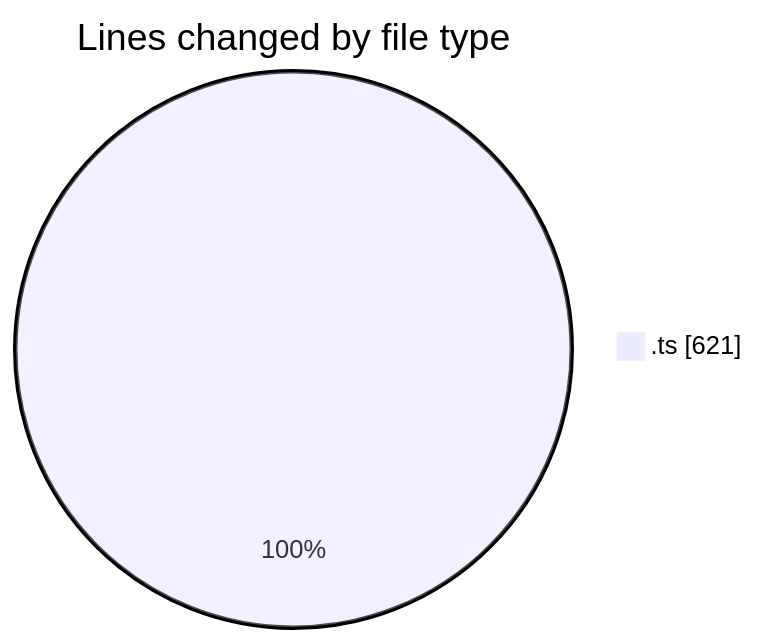
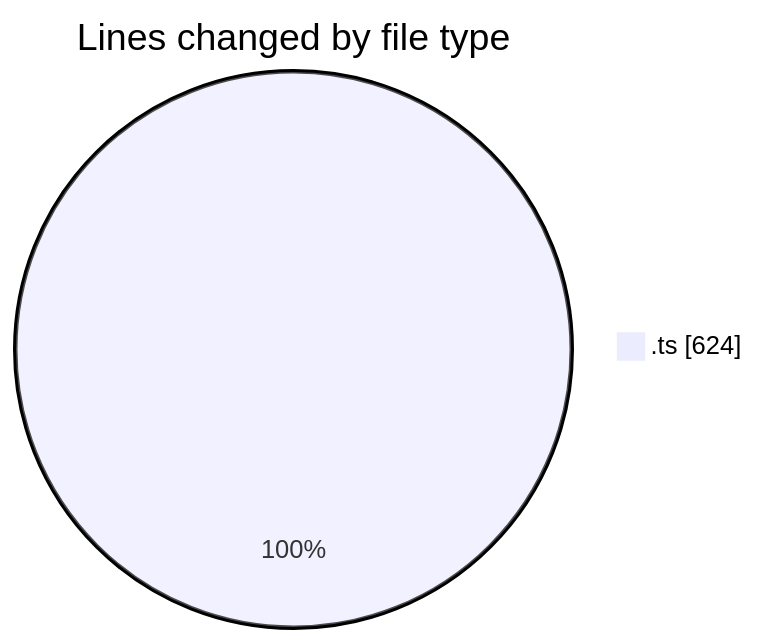
One commit to momahboobian/code-tracking changed the first of 2 diagrams in 2025-08-01/cda/README.md. Above: the diagram before and after it, drawn with Mermaid. The commit also changed other lines of this file and 1 other file, not shown here.

````diff
--- a/2025-08-01/cda/README.md
+++ b/2025-08-01/cda/README.md
@@ -20,5 +20,5 @@
 ```mermaid
 pie showData
 title Lines changed by file type
-".ts" : 621
+".ts" : 624
 ```
````
